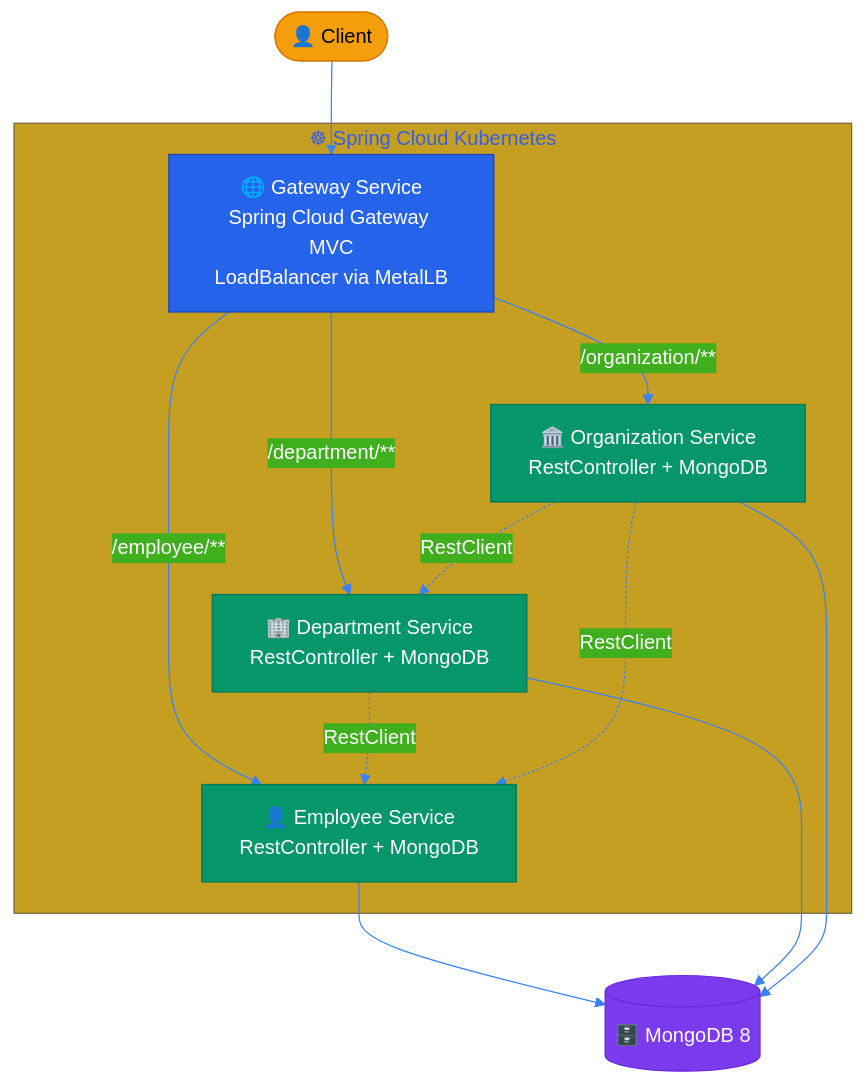
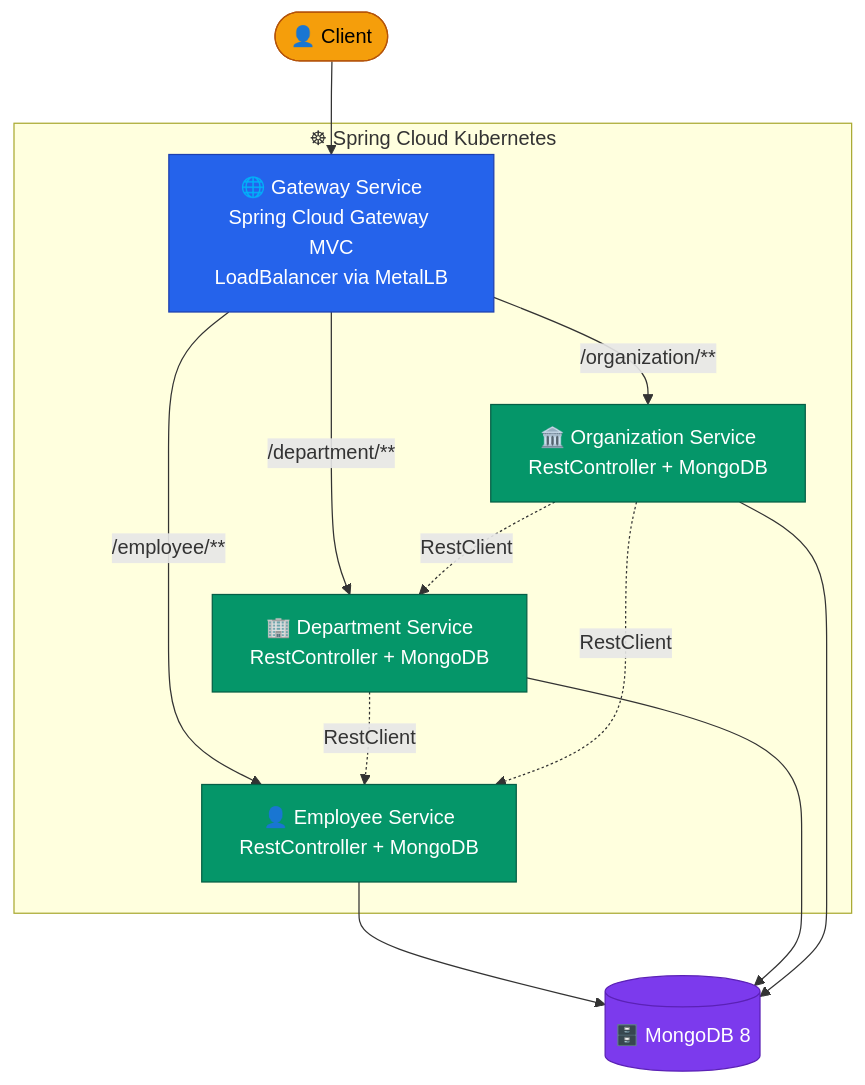
The first of 3 diagrams in docs/reference-architecture.md (AndriyKalashnykov/spring-microservices-k8s), drawn with Mermaid before and after one commit. The commit also changed other lines of this file and 1 other file, not shown here.

````diff
--- a/docs/reference-architecture.md
+++ b/docs/reference-architecture.md
@@ -78,37 +78,40 @@
 ```mermaid
-%%{init: {'theme': 'base', 'themeVariables': {
-  'primaryColor': '#1e40af', 'primaryTextColor': '#fff',
-  'lineColor': '#3b82f6', 'fontFamily': 'arial'
-}}}%%
+%% No `init` block: lets GitHub auto-switch between Mermaid's default
+%% (light) and dark themes based on the viewer's GitHub theme. Custom
+%% classDef brand colors below override the theme for nodes and stay
+%% readable on both backgrounds.
 graph TB
     Client([👤 Client]):::client --> Gateway[🌐 Gateway Service<br/>Spring Cloud Gateway MVC<br/>LoadBalancer via MetalLB]
 
     Gateway -->|/employee/**| Employee[👤 Employee Service<br/>RestController + MongoDB]
     Gateway -->|/department/**| Department[🏢 Department Service<br/>RestController + MongoDB]
     Gateway -->|/organization/**| Organization[🏛️ Organization Service<br/>RestController + MongoDB]
 
     Department -.->|RestClient| Employee
     Organization -.->|RestClient| Employee
     Organization -.->|RestClient| Department
 
     Employee --> MongoDB[(🗄️ MongoDB 8)]
     Department --> MongoDB
     Organization --> MongoDB
 
     subgraph k8s ["☸ Spring Cloud Kubernetes"]
         Gateway
         Employee
         Department
         Organization
     end
 
-    classDef client fill:#f59e0b,stroke:#d97706,color:#000
-    classDef gateway fill:#2563eb,stroke:#1e40af,color:#fff
-    classDef service fill:#059669,stroke:#047857,color:#fff
-    classDef db fill:#7c3aed,stroke:#6d28d9,color:#fff
+    %% Theme-adaptive palette: amber uses black text (7.4:1 vs amber-500),
+    %% Tailwind-600 fills with white text for the rest. Works on both
+    %% white and #0d1117 GitHub backgrounds.
+    classDef client fill:#f59e0b,stroke:#b45309,color:#000000
+    classDef gateway fill:#2563eb,stroke:#1e40af,color:#ffffff
+    classDef service fill:#059669,stroke:#065f46,color:#ffffff
+    classDef db fill:#7c3aed,stroke:#5b21b6,color:#ffffff
 
     class Client client
     class Gateway gateway
     class Employee,Department,Organization service
     class MongoDB db
 ```
````
